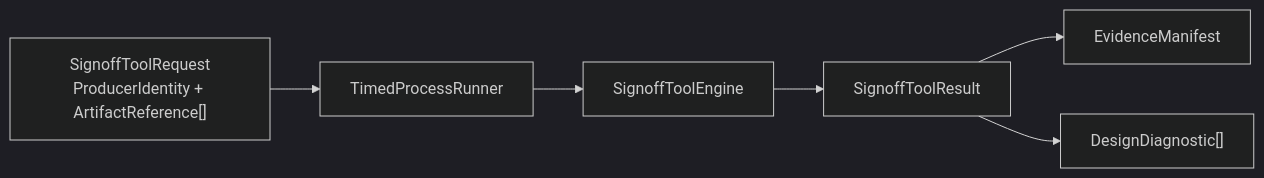
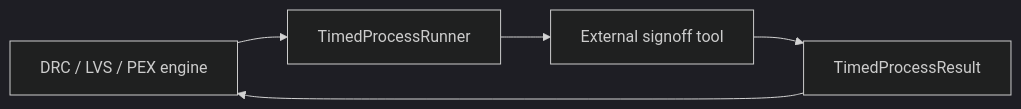
Before and after one commit to 1amageek/SignoffToolSupport: the diagram in README.md, drawn with Mermaid (dark theme). The commit also changed other lines of this file and 5 other files, not shown here.

````diff
--- a/README.md
+++ b/README.md
@@ -22,8 +21,7 @@
 ```mermaid
 flowchart LR
-  Request["SignoffToolRequest\nProducerIdentity + ArtifactReference[]"] --> Runner["TimedProcessRunner"]
-  Runner --> Engine["SignoffToolEngine"]
-  Engine --> Result["SignoffToolResult"]
-  Result --> Evidence["EvidenceManifest"]
-  Result --> Diagnostics["DesignDiagnostic[]"]
+  Domain["DRC / LVS / PEX engine"] --> Runner["TimedProcessRunner"]
+  Runner --> Tool["External signoff tool"]
+  Tool --> Output["TimedProcessResult"]
+  Output --> Domain
 ```
````
